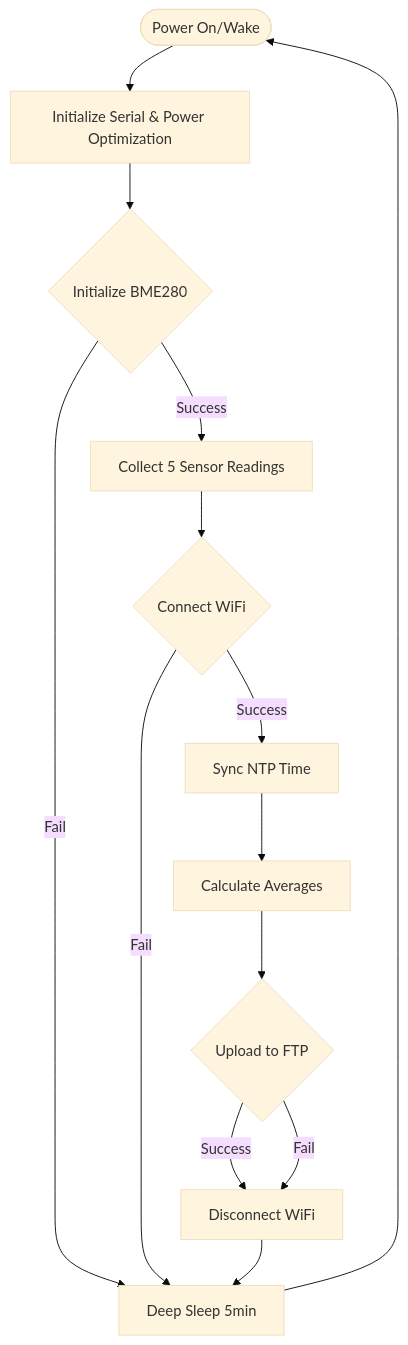
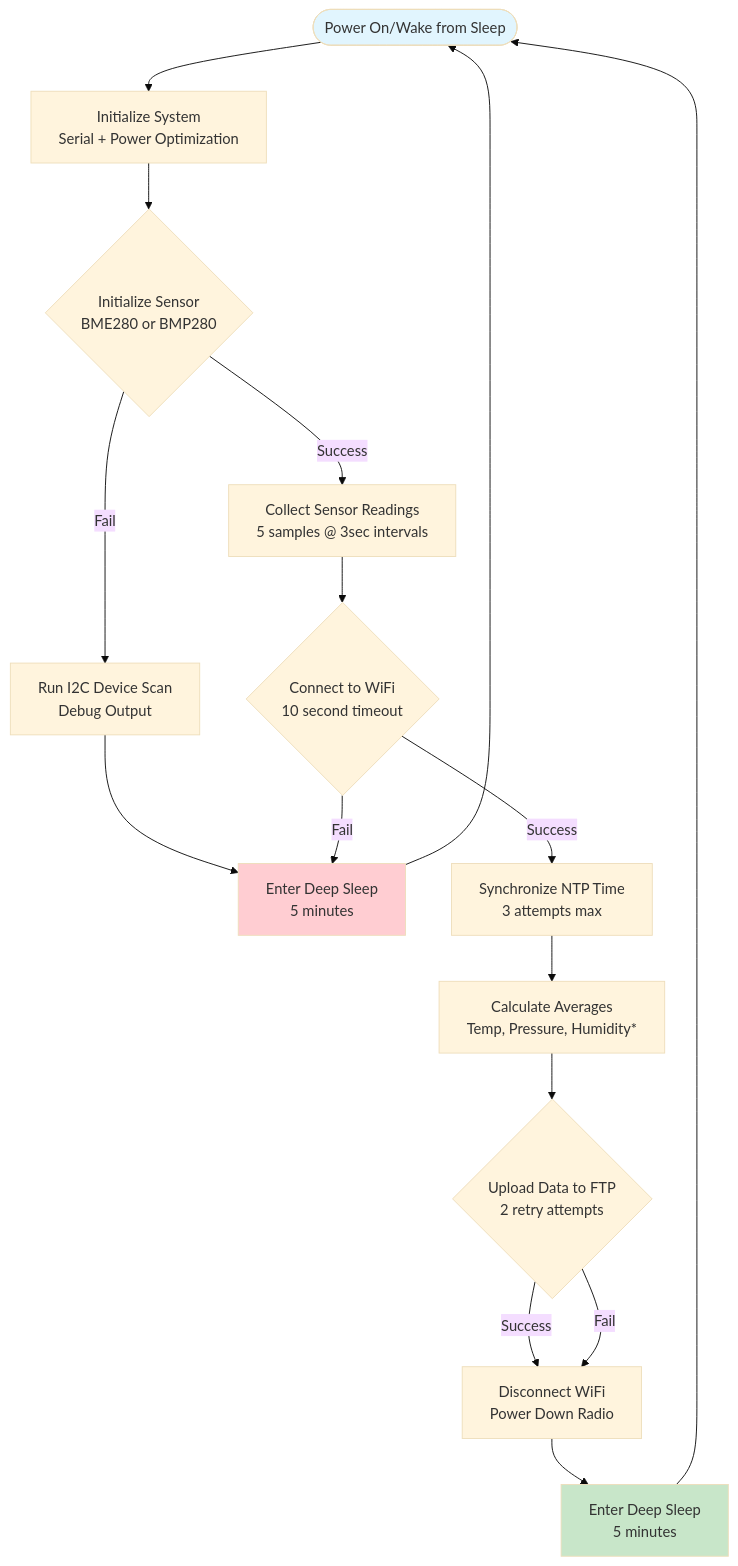
One commit to ExploiTR/RoutineTimer changed the second of 4 diagrams in LLD.md. Above: the diagram before and after it, drawn with Mermaid (base theme). The commit also changed other lines of this file and 4 other files, not shown here.

````diff
--- a/LLD.md
+++ b/LLD.md
@@ -48,19 +68,27 @@
 ```mermaid
 flowchart TD
-    START([Power On/Wake]) --> INIT[Initialize Serial & Power Optimization]
-    INIT --> BME_INIT{Initialize BME280}
-    BME_INIT -->|Success| COLLECT[Collect 5 Sensor Readings]
-    BME_INIT -->|Fail| SLEEP[Deep Sleep 5min]
+    START([Power On/Wake from Sleep]) --> INIT[Initialize System<br/>Serial + Power Optimization]
+    INIT --> SENSOR_INIT{Initialize Sensor<br/>BME280 or BMP280}
     
-    COLLECT --> WIFI_CONN{Connect WiFi}
-    WIFI_CONN -->|Success| NTP_SYNC[Sync NTP Time]
-    WIFI_CONN -->|Fail| SLEEP
+    SENSOR_INIT -->|Success| COLLECT[Collect Sensor Readings<br/>5 samples @ 3sec intervals]
+    SENSOR_INIT -->|Fail| I2C_SCAN[Run I2C Device Scan<br/>Debug Output]
+    I2C_SCAN --> SLEEP_FAIL[Enter Deep Sleep<br/>5 minutes]
     
-    NTP_SYNC --> CALC[Calculate Averages]
-    CALC --> FTP_UP{Upload to FTP}
-    FTP_UP -->|Success| CLEANUP[Disconnect WiFi]
-    FTP_UP -->|Fail| CLEANUP
+    COLLECT --> WIFI_CONNECT{Connect to WiFi<br/>10 second timeout}
+    WIFI_CONNECT -->|Success| NTP_SYNC[Synchronize NTP Time<br/>3 attempts max]
+    WIFI_CONNECT -->|Fail| SLEEP_FAIL
     
-    CLEANUP --> SLEEP
-    SLEEP --> START
+    NTP_SYNC --> CALC_AVG[Calculate Averages<br/>Temp, Pressure, Humidity*]
+    CALC_AVG --> FTP_UPLOAD{Upload Data to FTP<br/>2 retry attempts}
+    
+    FTP_UPLOAD -->|Success| WIFI_CLEANUP[Disconnect WiFi<br/>Power Down Radio]
+    FTP_UPLOAD -->|Fail| WIFI_CLEANUP
+    
+    WIFI_CLEANUP --> SLEEP_SUCCESS[Enter Deep Sleep<br/>5 minutes]
+    SLEEP_SUCCESS --> START
+    SLEEP_FAIL --> START
+    
+    style START fill:#e1f5fe
+    style SLEEP_SUCCESS fill:#c8e6c9
+    style SLEEP_FAIL fill:#ffcdd2
 ```
````
